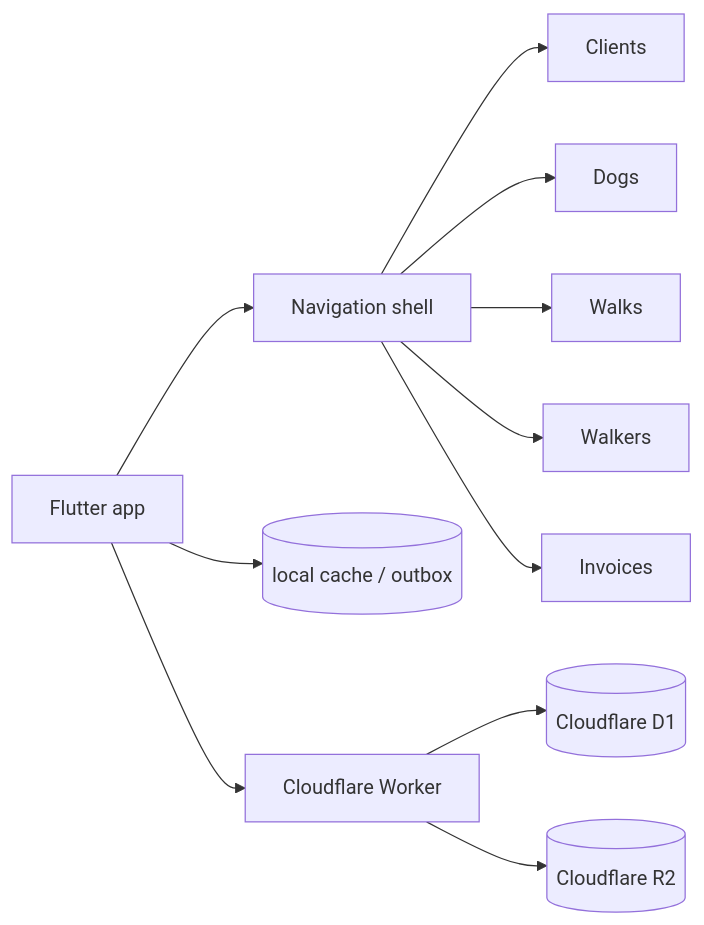
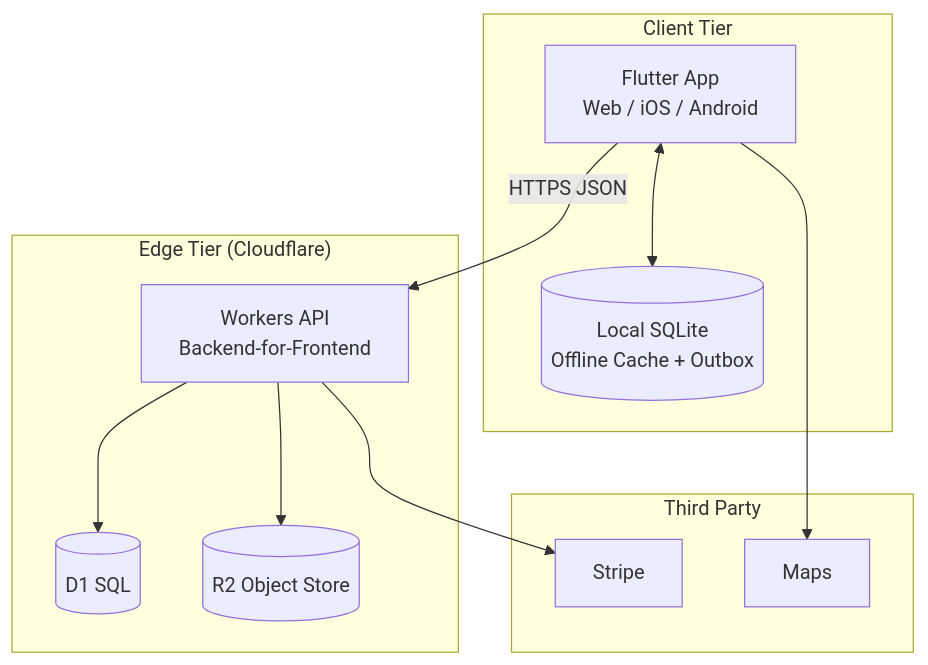
Before and after one commit to nathcymru/CiCwtch: the second of 6 diagrams in docs/architecture/diagrams.md, drawn with Mermaid. The commit also changed other lines of this file and 17 other files, not shown here.

````diff
--- a/docs/architecture/diagrams.md
+++ b/docs/architecture/diagrams.md
@@ -17,13 +49,25 @@
 ```mermaid
-flowchart LR
-  UI[Flutter app] --> Shell[Navigation shell]
-  Shell --> Clients
-  Shell --> Dogs
-  Shell --> Walks
-  Shell --> Walkers
-  Shell --> Invoices
-  UI --> Offline[(local cache / outbox)]
-  UI --> Worker[Cloudflare Worker]
-  Worker --> D1[(Cloudflare D1)]
-  Worker --> R2[(Cloudflare R2)]
+flowchart TB
+  subgraph ClientTier["Client Tier"]
+    Flutter[Flutter App\nWeb / iOS / Android]
+    Local[(Local SQLite\nOffline Cache + Outbox)]
+  end
+
+  subgraph EdgeTier["Edge Tier (Cloudflare)"]
+    Worker[Workers API\nBackend-for-Frontend]
+    D1[(D1 SQL)]
+    R2[(R2 Object Store)]
+  end
+
+  subgraph ThirdParty["Third Party"]
+    Stripe[Stripe]
+    Maps[Maps]
+  end
+
+  Flutter <--> Local
+  Flutter -->|HTTPS JSON| Worker
+  Worker --> D1
+  Worker --> R2
+  Worker --> Stripe
+  Flutter --> Maps
 ```
````
